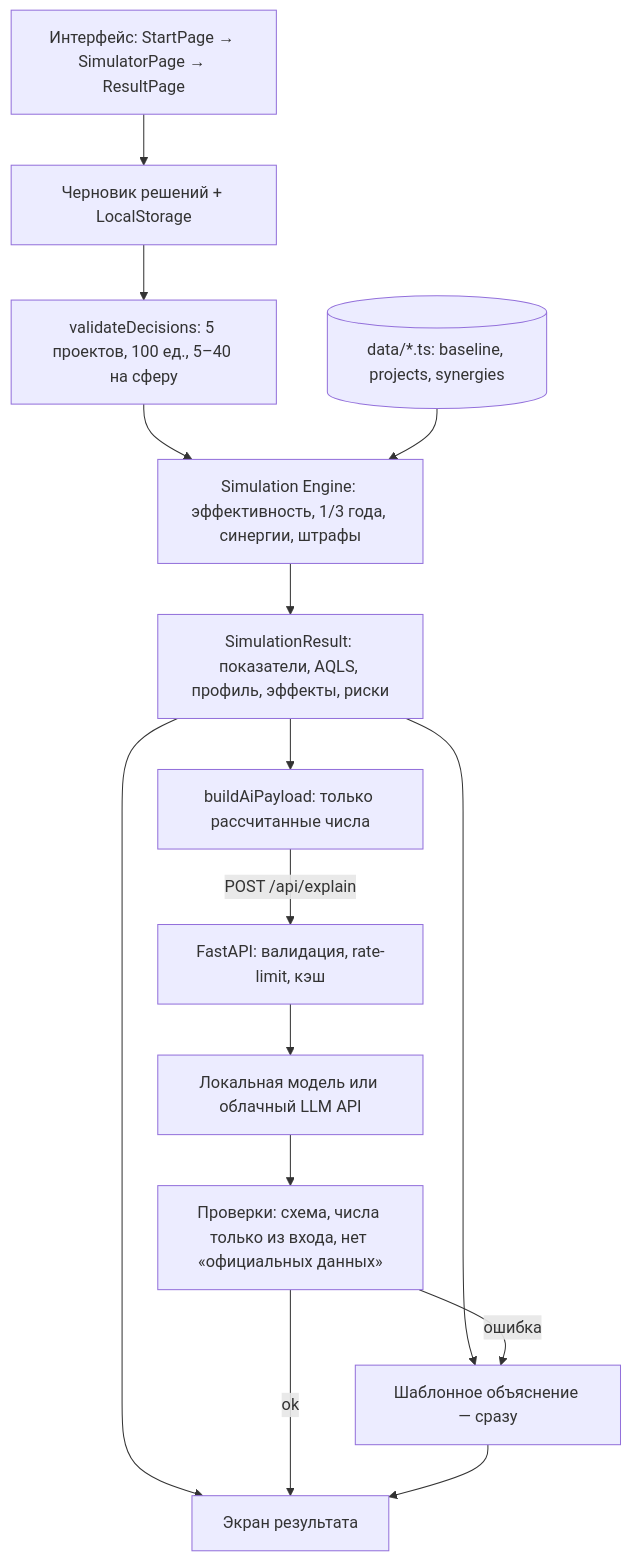
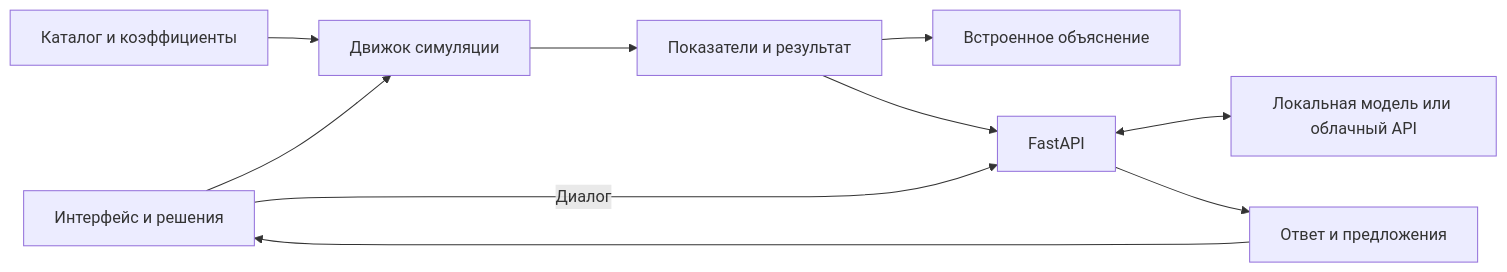
One commit to BAITC-Hacks/hack-e9acc52d-bezdarez changed the diagram in README.md. Above: the diagram before and after it, drawn with Mermaid. The commit also changed other lines of this file, not shown here.

````diff
--- a/README.md
+++ b/README.md
@@ -43,17 +184,12 @@
 ```mermaid
-flowchart TD
-    UI[Интерфейс: StartPage → SimulatorPage → ResultPage] --> S[Черновик решений + LocalStorage]
-    S --> V[validateDecisions: 5 проектов, 100 ед., 5–40 на сферу]
-    V --> E[Simulation Engine: эффективность, 1/3 года, синергии, штрафы]
-    D[(data/*.ts: baseline, projects, synergies)] --> E
-    E --> R[SimulationResult: показатели, AQLS, профиль, эффекты, риски]
-    R --> UI2[Экран результата]
-    R --> F[Шаблонное объяснение — сразу]
-    R --> P[buildAiPayload: только рассчитанные числа]
-    P -->|POST /api/explain| API[FastAPI: валидация, rate-limit, кэш]
-    API --> LLM[Локальная модель или облачный LLM API]
-    LLM --> G[Проверки: схема, числа только из входа, нет «официальных данных»]
-    G -->|ok| UI2
-    G -->|ошибка| F
-    F --> UI2
+flowchart LR
+    UI[Интерфейс и решения] --> Engine[Движок симуляции]
+    Data[Каталог и коэффициенты] --> Engine
+    Engine --> Result[Показатели и результат]
+    Result --> Fallback[Встроенное объяснение]
+    Result --> API[FastAPI]
+    UI -->|Диалог| API
+    API <--> LLM[Локальная модель или облачный API]
+    API --> Reply[Ответ и предложения]
+    Reply --> UI
 ```
````
